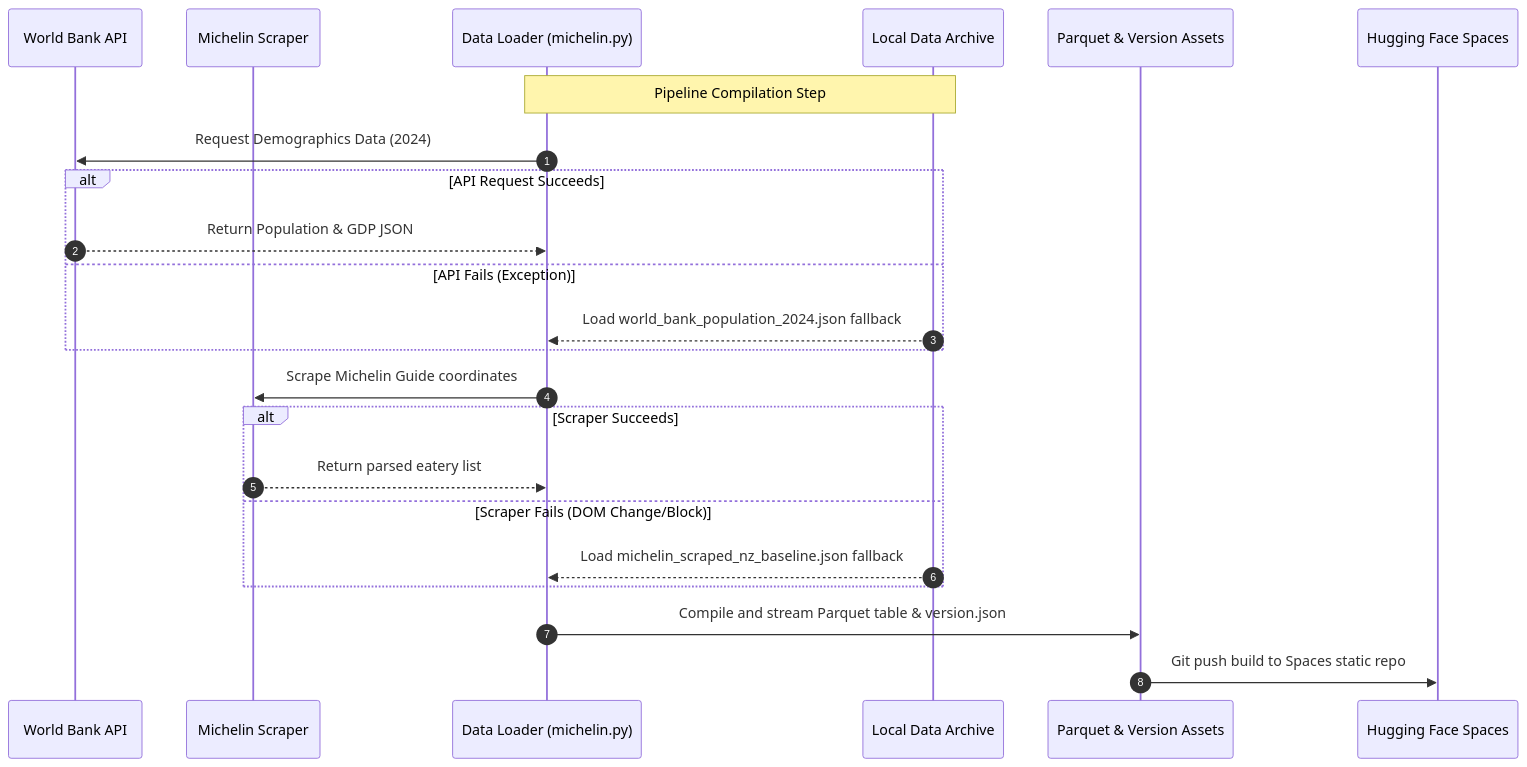
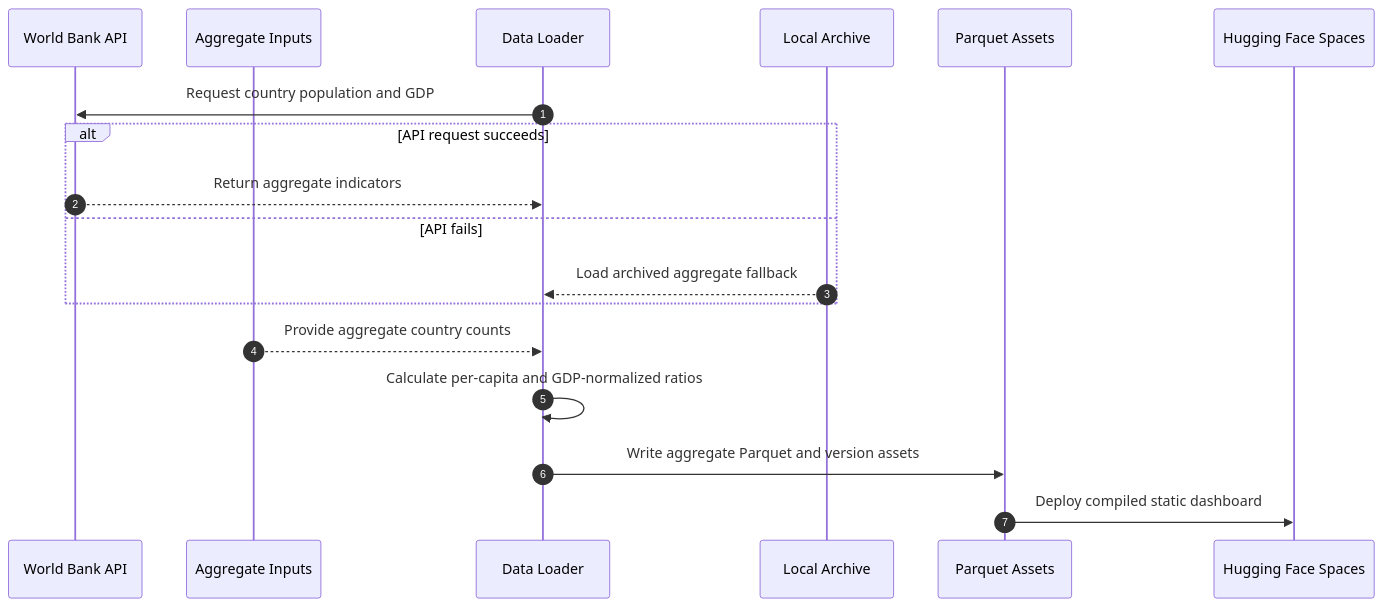
One commit to edithatogo/michelin-nz changed the diagram in conductor/spec.md. Above: the diagram before and after it, drawn with Mermaid. The commit also changed other lines of this file and 9 other files, not shown here.

````diff
--- a/conductor/spec.md
+++ b/conductor/spec.md
@@ -33,28 +37,22 @@
 ```mermaid
 sequenceDiagram
     autonumber
     participant WB as World Bank API
-    participant MS as Michelin Scraper
-    participant PY as Data Loader (michelin.py)
-    participant AR as Local Data Archive
-    participant PQ as Parquet & Version Assets
+    participant AG as Aggregate Inputs
+    participant PY as Data Loader
+    participant AR as Local Archive
+    participant PQ as Parquet Assets
     participant HF as Hugging Face Spaces
 
-    Note over PY, AR: Pipeline Compilation Step
-    PY->>WB: Request Demographics Data (2024)
-    alt API Request Succeeds
-        WB-->>PY: Return Population & GDP JSON
-    else API Fails (Exception)
-        AR-->>PY: Load world_bank_population_2024.json fallback
+    PY->>WB: Request country population and GDP
+    alt API request succeeds
+        WB-->>PY: Return aggregate indicators
+    else API fails
+        AR-->>PY: Load archived aggregate fallback
     end
 
-    PY->>MS: Scrape Michelin Guide coordinates
-    alt Scraper Succeeds
-        MS-->>PY: Return parsed eatery list
-    else Scraper Fails (DOM Change/Block)
-        AR-->>PY: Load michelin_scraped_nz_baseline.json fallback
-    end
-
-    PY->>PQ: Compile and stream Parquet table & version.json
-    PQ->>HF: Git push build to Spaces static repo
+    AG-->>PY: Provide aggregate country counts
+    PY->>PY: Calculate per-capita and GDP-normalized ratios
+    PY->>PQ: Write aggregate Parquet and version assets
+    PQ->>HF: Deploy compiled static dashboard
 ```
````
